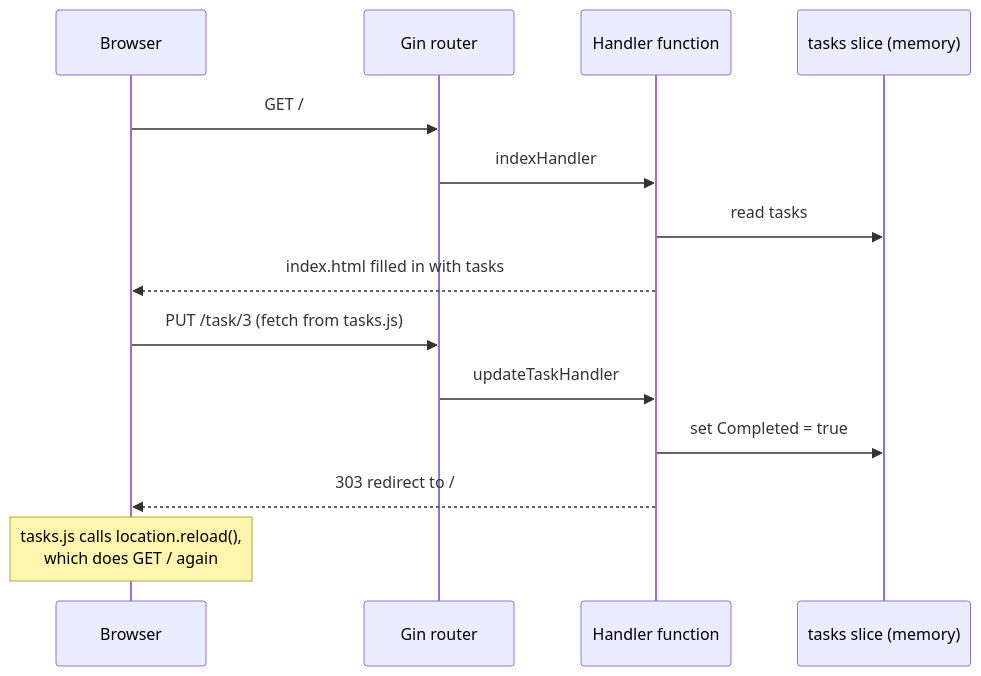
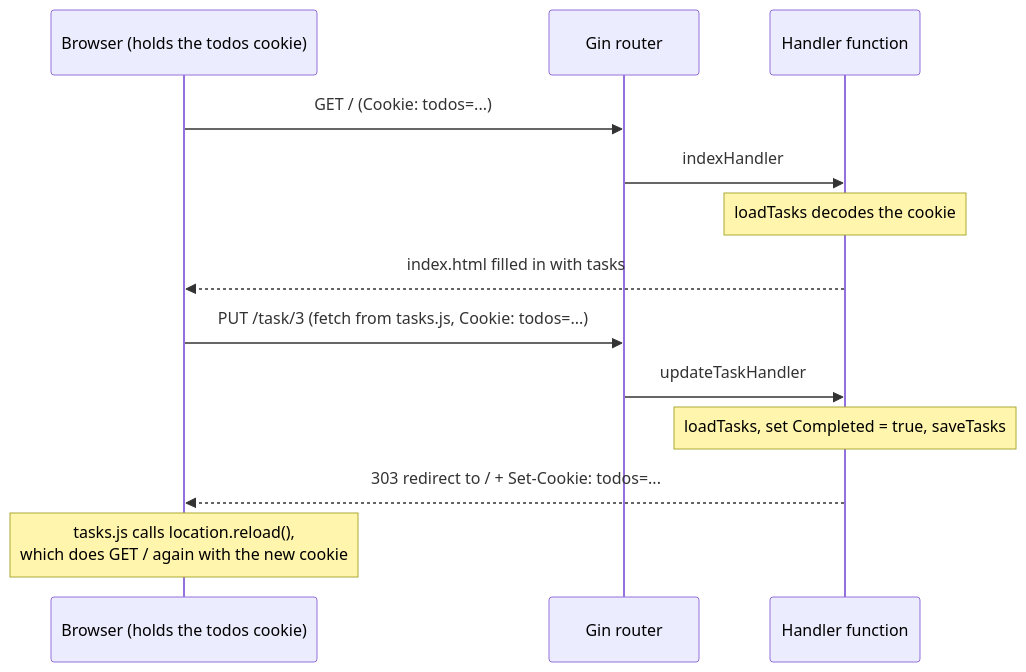
One commit to fancellu/todo-go changed the diagram in MAIN.md. Above: the diagram before and after it, drawn with Mermaid. The commit also changed other lines of this file and 2 other files, not shown here.

First line of the commit message:
Store tasks in a per-visitor cookie instead of server memory

````diff
--- a/MAIN.md
+++ b/MAIN.md
@@ -20,18 +22,17 @@
 ```mermaid
 sequenceDiagram
-    participant B as Browser
+    participant B as Browser (holds the todos cookie)
     participant G as Gin router
     participant H as Handler function
-    participant S as tasks slice (memory)
 
-    B->>G: GET /
+    B->>G: GET / (Cookie: todos=...)
     G->>H: indexHandler
-    H->>S: read tasks
+    Note over H: loadTasks decodes the cookie
     H-->>B: index.html filled in with tasks
 
-    B->>G: PUT /task/3 (fetch from tasks.js)
+    B->>G: PUT /task/3 (fetch from tasks.js, Cookie: todos=...)
     G->>H: updateTaskHandler
-    H->>S: set Completed = true
-    H-->>B: 303 redirect to /
-    Note over B: tasks.js calls location.reload(),<br/>which does GET / again
+    Note over H: loadTasks, set Completed = true, saveTasks
+    H-->>B: 303 redirect to / + Set-Cookie: todos=...
+    Note over B: tasks.js calls location.reload(),<br/>which does GET / again with the new cookie
 ```
````
